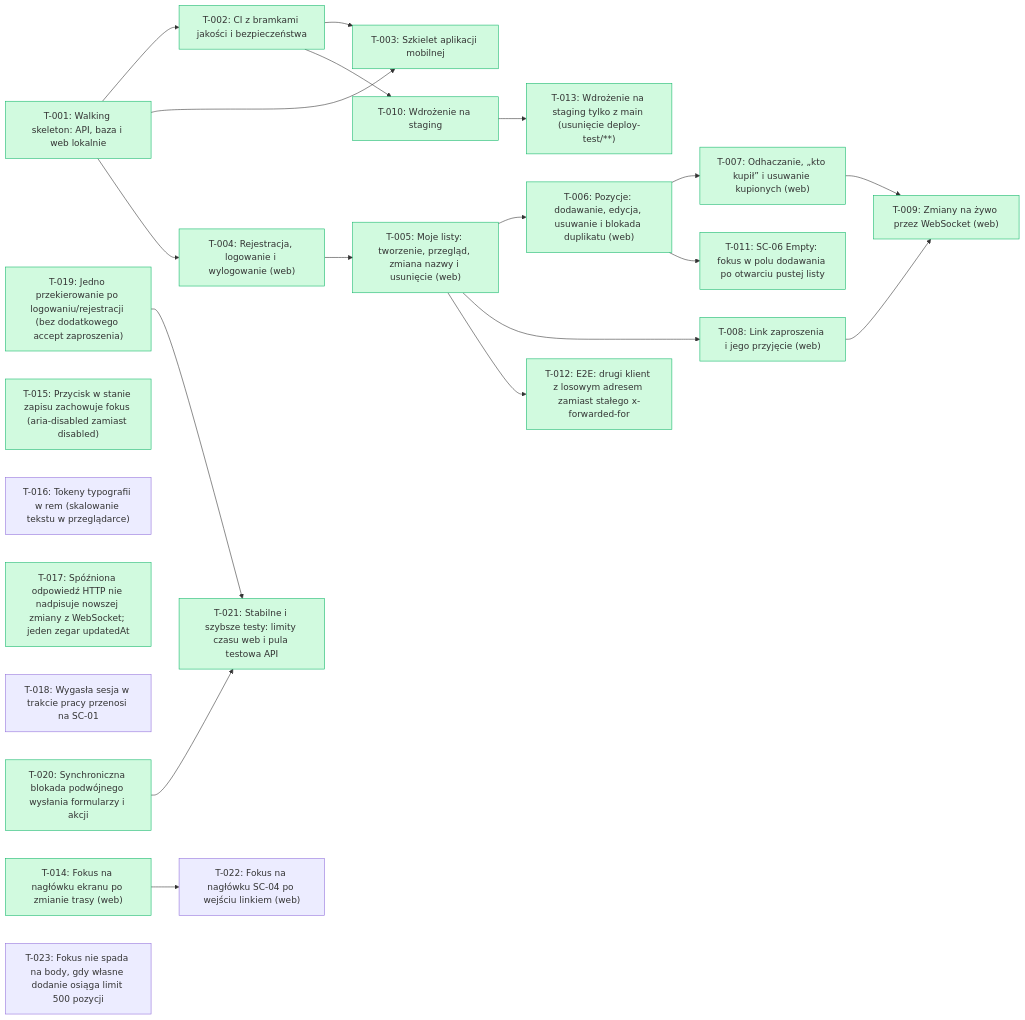
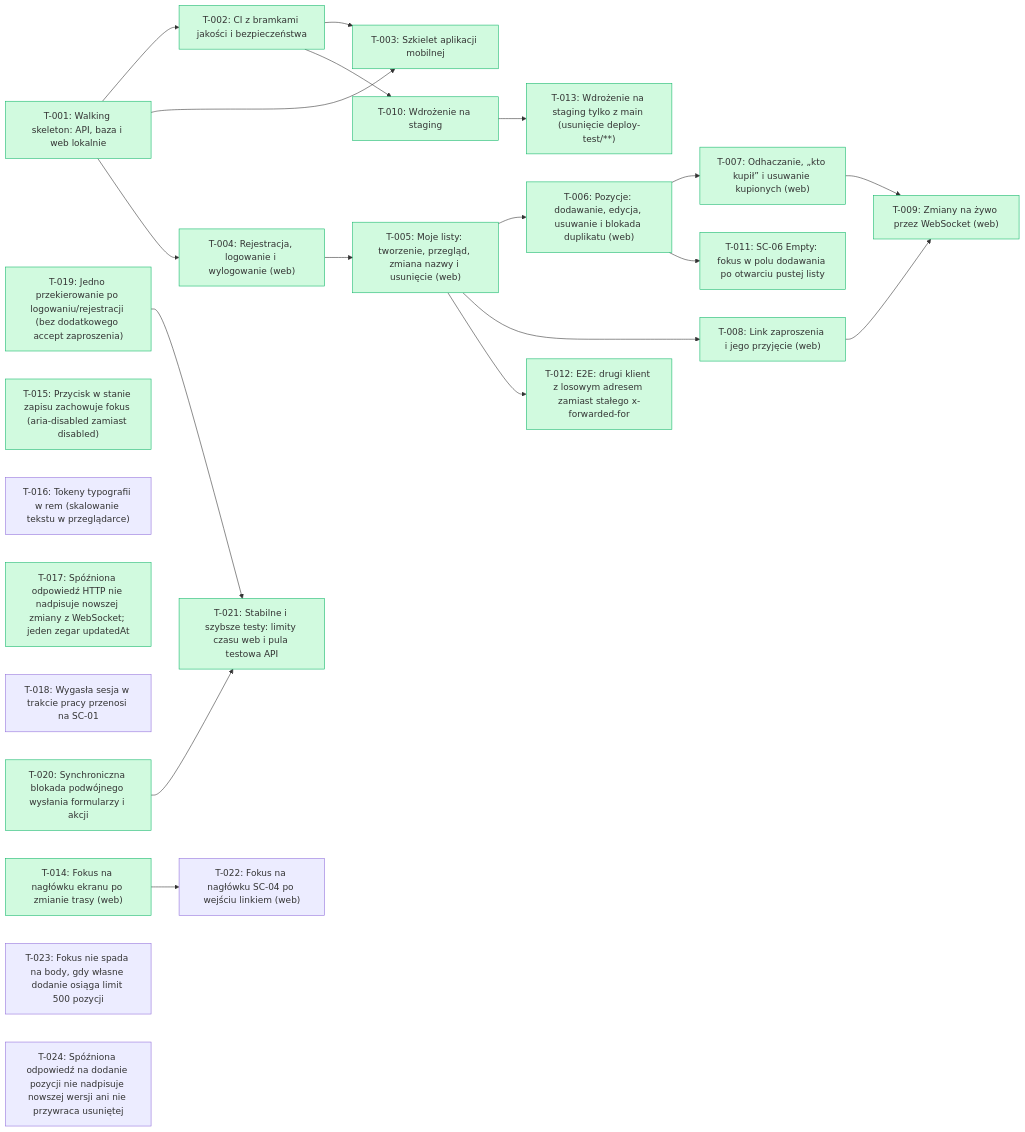
The diagram in docs/backlog/index.md (tombraz/lista-zakupow), drawn with Mermaid before and after one commit. The commit also changed other lines of this file and 5 other files, not shown here.

````diff
--- a/docs/backlog/index.md
+++ b/docs/backlog/index.md
@@ -20,47 +21,48 @@
 ```mermaid
 flowchart LR
   T_001["T-001: Walking skeleton: API, baza i web lokalnie"]:::done
   T_002["T-002: CI z bramkami jakości i bezpieczeństwa"]:::done
   T_003["T-003: Szkielet aplikacji mobilnej"]:::done
   T_004["T-004: Rejestracja, logowanie i wylogowanie (web)"]:::done
   T_005["T-005: Moje listy: tworzenie, przegląd, zmiana nazwy i usunięcie (web)"]:::done
   T_006["T-006: Pozycje: dodawanie, edycja, usuwanie i blokada duplikatu (web)"]:::done
   T_007["T-007: Odhaczanie, „kto kupił” i usuwanie kupionych (web)"]:::done
   T_008["T-008: Link zaproszenia i jego przyjęcie (web)"]:::done
   T_009["T-009: Zmiany na żywo przez WebSocket (web)"]:::done
   T_010["T-010: Wdrożenie na staging"]:::done
   T_011["T-011: SC-06 Empty: fokus w polu dodawania po otwarciu pustej listy"]:::done
   T_012["T-012: E2E: drugi klient z losowym adresem zamiast stałego x-forwarded-for"]:::done
   T_013["T-013: Wdrożenie na staging tylko z main (usunięcie deploy-test/**)"]:::done
   T_014["T-014: Fokus na nagłówku ekranu po zmianie trasy (web)"]:::done
   T_015["T-015: Przycisk w stanie zapisu zachowuje fokus (aria-disabled zamiast disabled)"]:::done
   T_016["T-016: Tokeny typografii w rem (skalowanie tekstu w przeglądarce)"]
   T_017["T-017: Spóźniona odpowiedź HTTP nie nadpisuje nowszej zmiany z WebSocket; jeden zegar updatedAt"]:::done
   T_018["T-018: Wygasła sesja w trakcie pracy przenosi na SC-01"]
   T_019["T-019: Jedno przekierowanie po logowaniu/rejestracji (bez dodatkowego accept zaproszenia)"]:::done
   T_020["T-020: Synchroniczna blokada podwójnego wysłania formularzy i akcji"]:::done
   T_021["T-021: Stabilne i szybsze testy: limity czasu web i pula testowa API"]:::done
   T_022["T-022: Fokus na nagłówku SC-04 po wejściu linkiem (web)"]
   T_023["T-023: Fokus nie spada na body, gdy własne dodanie osiąga limit 500 pozycji"]
+  T_024["T-024: Spóźniona odpowiedź na dodanie pozycji nie nadpisuje nowszej wersji ani nie przywraca usuniętej"]
   T_001 --> T_002
   T_001 --> T_003
   T_002 --> T_003
   T_001 --> T_004
   T_004 --> T_005
   T_005 --> T_006
   T_006 --> T_007
   T_005 --> T_008
   T_007 --> T_009
   T_008 --> T_009
   T_002 --> T_010
   T_006 --> T_011
   T_005 --> T_012
   T_010 --> T_013
   T_019 --> T_021
   T_020 --> T_021
   T_014 --> T_022
   classDef done fill:#d1fadf,stroke:#12b76a
   classDef wip fill:#fef0c7,stroke:#f79009
   classDef qa fill:#e0eaff,stroke:#2970ff
   classDef blocked fill:#fee4e2,stroke:#f04438
 ```
````
